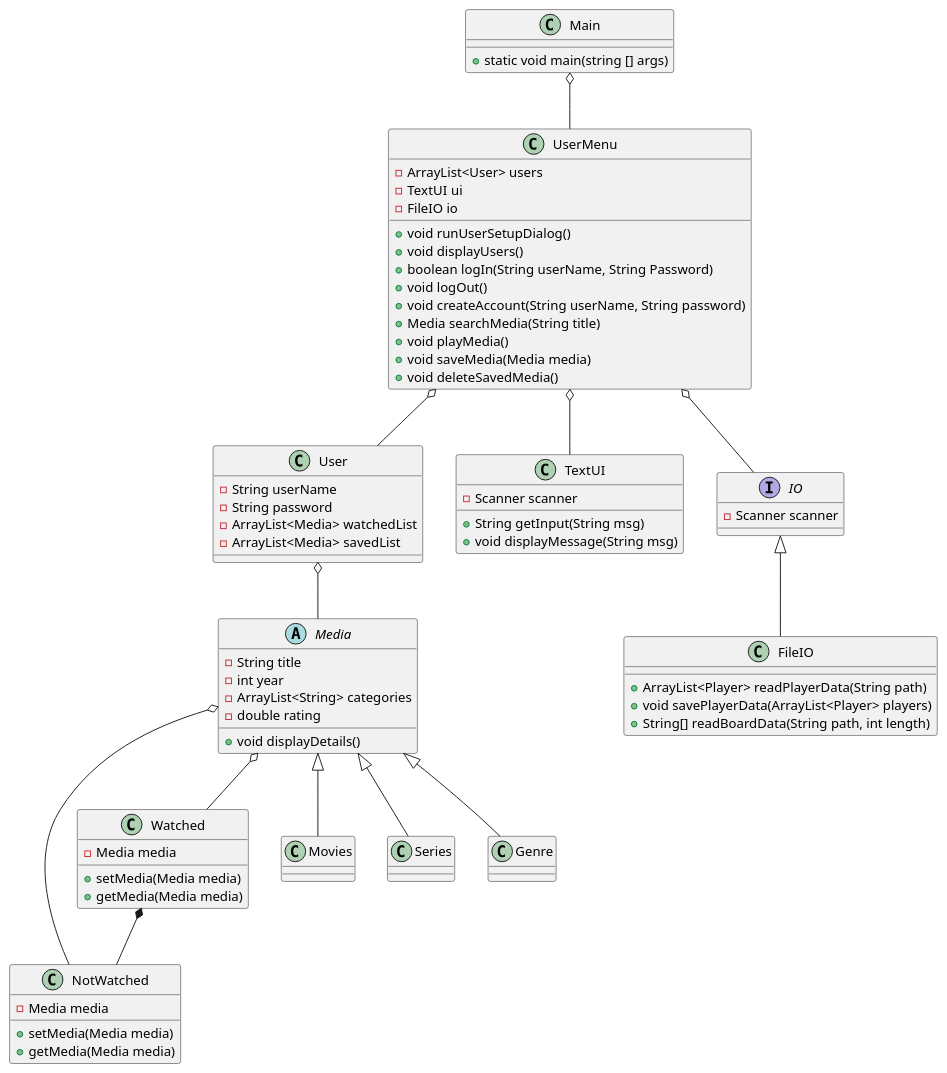
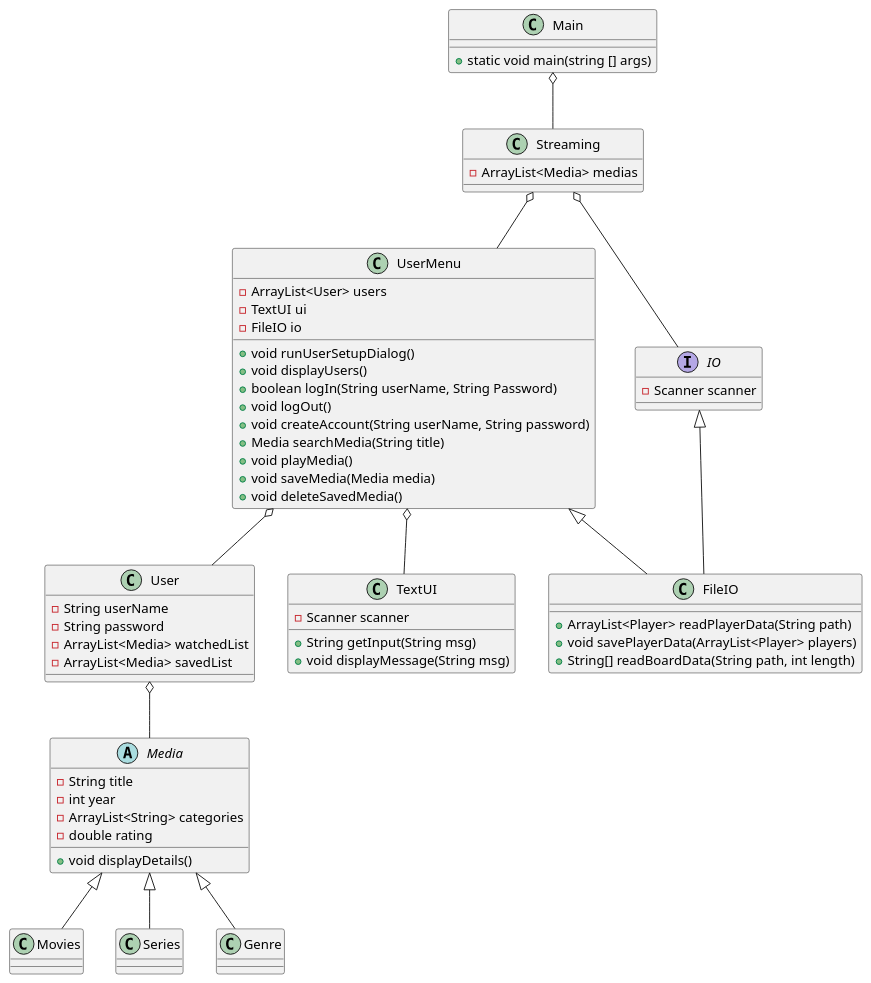
The diagram in SP3/doc/ClassDiagram.puml (Zeudiac/SP3), drawn with PlantUML before and after one commit.

```diff
--- a/SP3/doc/ClassDiagram.puml
+++ b/SP3/doc/ClassDiagram.puml
@@ -1,97 +1,86 @@
 @startuml
 
 class UserMenu
 abstract class Media
-class NotWatched
-class Watched
+
 class Movies
 class Series
 class Genre
 class User
 class Main
 class FileIO
 class TextUI
+class Streaming
 Interface IO
 
-Main o-- UserMenu
+Main o-- Streaming
+Streaming o-- UserMenu
 UserMenu o-- User
 
 UserMenu o-- TextUI
-UserMenu o-- IO
+Streaming o-- IO
 IO <|-- FileIO
+UserMenu <|-- FileIO
 
 User o-- Media
-
-Media o-- NotWatched
-Media o-- Watched
 
 Media <|-- Movies
 Media <|-- Series
 Media <|-- Genre
 
-Watched *-- NotWatched
+class Streaming{
+  - ArrayList<Media> medias
+}
 
 Interface IO{
 - Scanner scanner
 }
 
 class Main{
   + static void main(string [] args)
 }
 
 class TextUI{
   + String getInput(String msg)
   - Scanner scanner
   + void displayMessage(String msg)
 }
 
 class FileIO{
   + ArrayList<Player> readPlayerData(String path)
   + void savePlayerData(ArrayList<Player> players)
   + String[] readBoardData(String path, int length)
 }
 
 class UserMenu{
   - ArrayList<User> users
   - TextUI ui
   - FileIO io
-
   + void runUserSetupDialog()
   + void displayUsers()
   + boolean logIn(String userName, String Password)
   + void logOut()
   + void createAccount(String userName, String password)
   + Media searchMedia(String title)
   + void playMedia()
   + void saveMedia(Media media)
   + void deleteSavedMedia()
 }
 
 class User {
   - String userName
   - String password
   - ArrayList<Media> watchedList
   - ArrayList<Media> savedList
 }
 
 abstract class Media {
   - String title
   - int year
   - ArrayList<String> categories
   - double rating
   + void displayDetails()
 }
 
-class Watched{
-  - Media media
-  + setMedia(Media media)
-  + getMedia(Media media)
-}
-
-class NotWatched{
-  - Media media
-  + setMedia(Media media)
-  + getMedia(Media media)
-}
 
 @enduml
```
